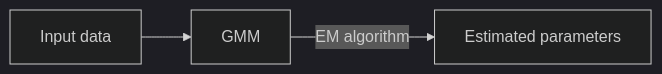
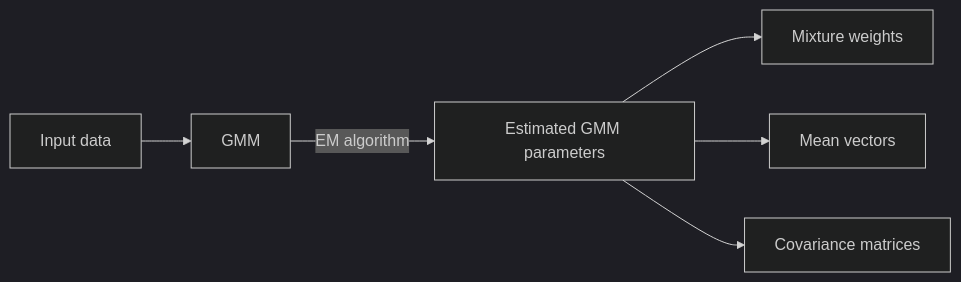
The first of 3 diagrams in README.md (GustavoRodovalho/SynthDataGen), drawn with Mermaid (dark theme) before and after one commit. The commit also changed other lines of this file, not shown here.

````diff
--- a/README.md
+++ b/README.md
@@ -7,5 +7,8 @@
 ```mermaid
 flowchart LR
     A[Input data] --> B[GMM]
-    B -->|EM algorithm| C[Estimated parameters]
+    B -->|EM algorithm| C[Estimated GMM parameters]
+    C --> D[Mixture weights]
+    C --> E[Mean vectors]
+    C --> F[Covariance matrices]
 ```
````
